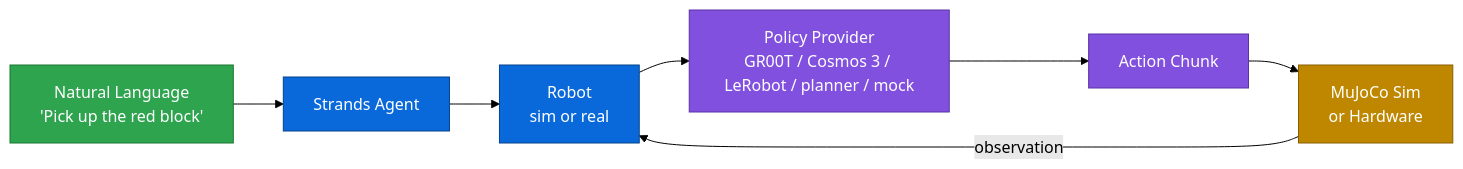
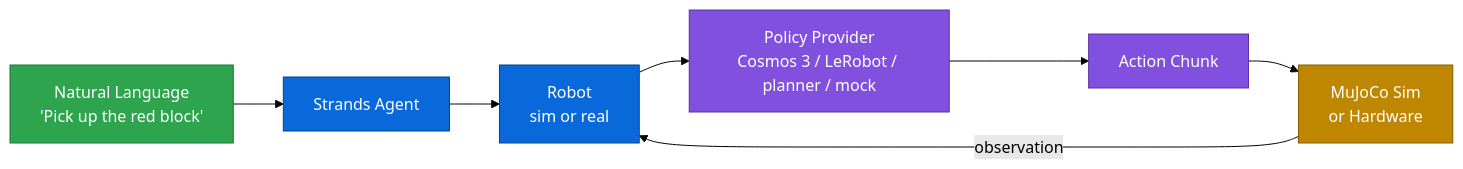
Before and after one commit to cagataycali/robots: the first of 2 diagrams in README.md, drawn with Mermaid (forest theme). The commit also changed other lines of this file and 269 other files, not shown here.

````diff
--- a/README.md
+++ b/README.md
@@ -130,19 +128,19 @@
 ```mermaid
 graph LR
     A[Natural Language<br/>'Pick up the red block'] --> B[Strands Agent]
     B --> C[Robot<br/>sim or real]
-    C --> D[Policy Provider<br/>GR00T / Cosmos 3 / LeRobot / planner / mock]
+    C --> D[Policy Provider<br/>Cosmos 3 / LeRobot / planner / mock]
     D --> E[Action Chunk]
     E --> F[MuJoCo Sim<br/>or Hardware]
     F -->|observation| C
 
     classDef input fill:#2ea44f,stroke:#1b7735,color:#fff
     classDef agent fill:#0969da,stroke:#044289,color:#fff
     classDef policy fill:#8250df,stroke:#5a32a3,color:#fff
     classDef hardware fill:#bf8700,stroke:#875e00,color:#fff
 
     class A input
     class B,C agent
     class D,E policy
     class F hardware
 ```
````
